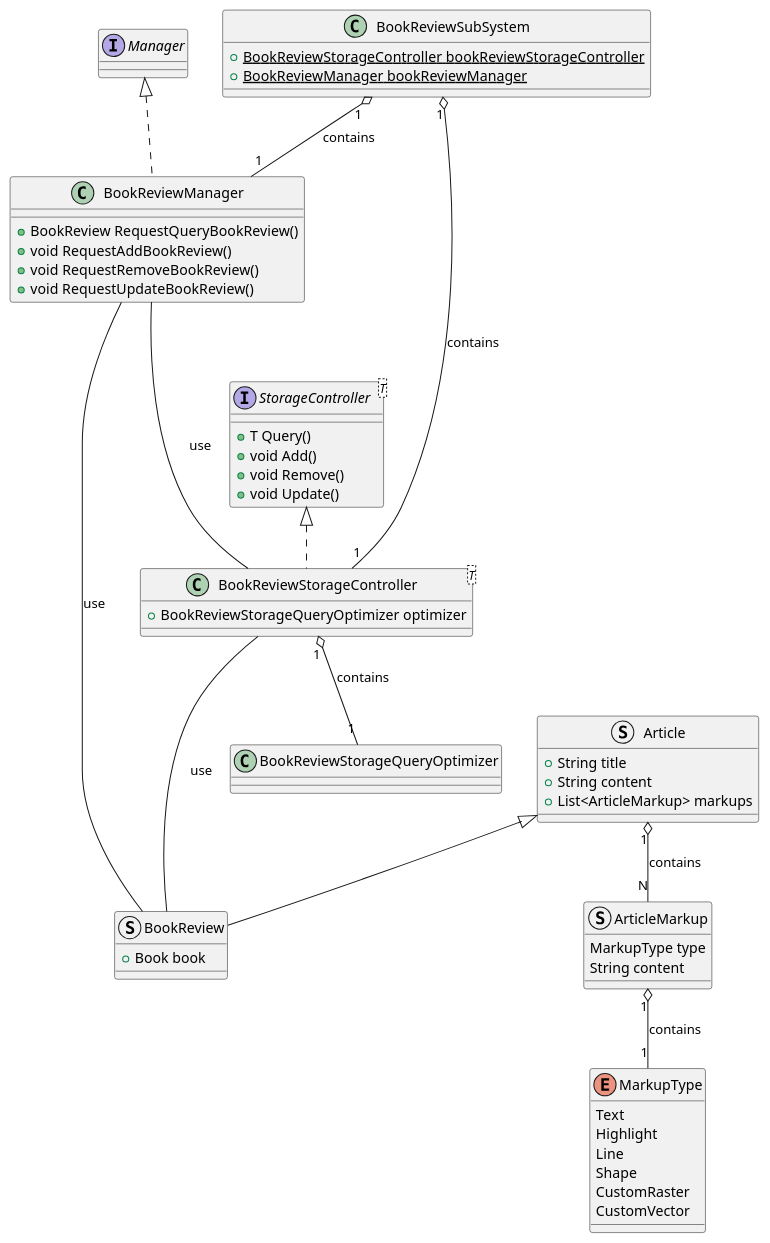
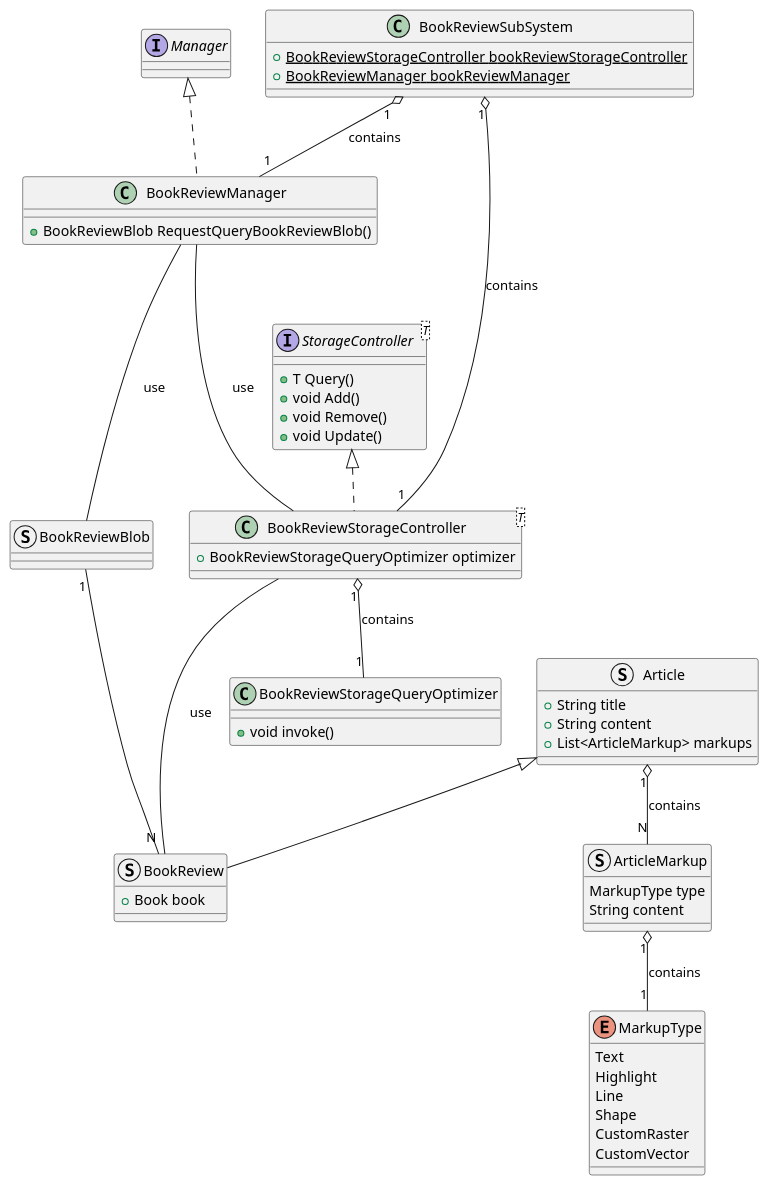
The diagram in src/BookReview.puml (ShapeLayer/se-lecture-task__project-structure-definitions), drawn with PlantUML before and after one commit. The commit also changed 8 other files, not shown here.

```diff
--- a/src/BookReview.puml
+++ b/src/BookReview.puml
@@ -1,64 +1,65 @@
 @startuml
 Interface Manager
 Interface StorageController<T> {
     + T Query()
     + void Add()
     + void Remove()
     + void Update()
 }
 
 enum MarkupType {
     Text
     Highlight
     Line
     Shape
     CustomRaster
     CustomVector
 }
 
 struct ArticleMarkup {
     MarkupType type
     String content
 }
 
 ArticleMarkup "1" o-- "1" MarkupType : contains
 
 struct Article {
     + String title
     + String content
     + List<ArticleMarkup> markups
 }
 
 Article "1" o-- "N" ArticleMarkup : contains
 
 struct BookReview extends Article {
     + Book book
 }
 
+struct BookReviewBlob {}
+BookReviewBlob "1" --- "N" BookReview
+
 class BookReviewManager implements Manager {
-    + BookReview RequestQueryBookReview()
-    + void RequestAddBookReview()
-    + void RequestRemoveBookReview()
-    + void RequestUpdateBookReview()
+    + BookReviewBlob RequestQueryBookReviewBlob()
 }
 
-BookReviewManager --- BookReview : use
+BookReviewManager --- BookReviewBlob : use
 BookReviewManager --- BookReviewStorageController : use
 
-class BookReviewStorageQueryOptimizer {}
+class BookReviewStorageQueryOptimizer {
+    + void invoke()
+}
 class BookReviewStorageController<T> implements StorageController {
     + BookReviewStorageQueryOptimizer optimizer
 }
 BookReviewStorageController "1" o-- "1" BookReviewStorageQueryOptimizer : contains
-
 BookReviewStorageController --- BookReview : use
 
 ' BookReview SubSystem
 
 class BookReviewSubSystem {
     + {static} BookReviewStorageController bookReviewStorageController
     + {static} BookReviewManager bookReviewManager
 }
 BookReviewSubSystem "1" o-- "1" BookReviewStorageController : contains
 BookReviewSubSystem "1" o-- "1" BookReviewManager : contains
 @enduml
```
